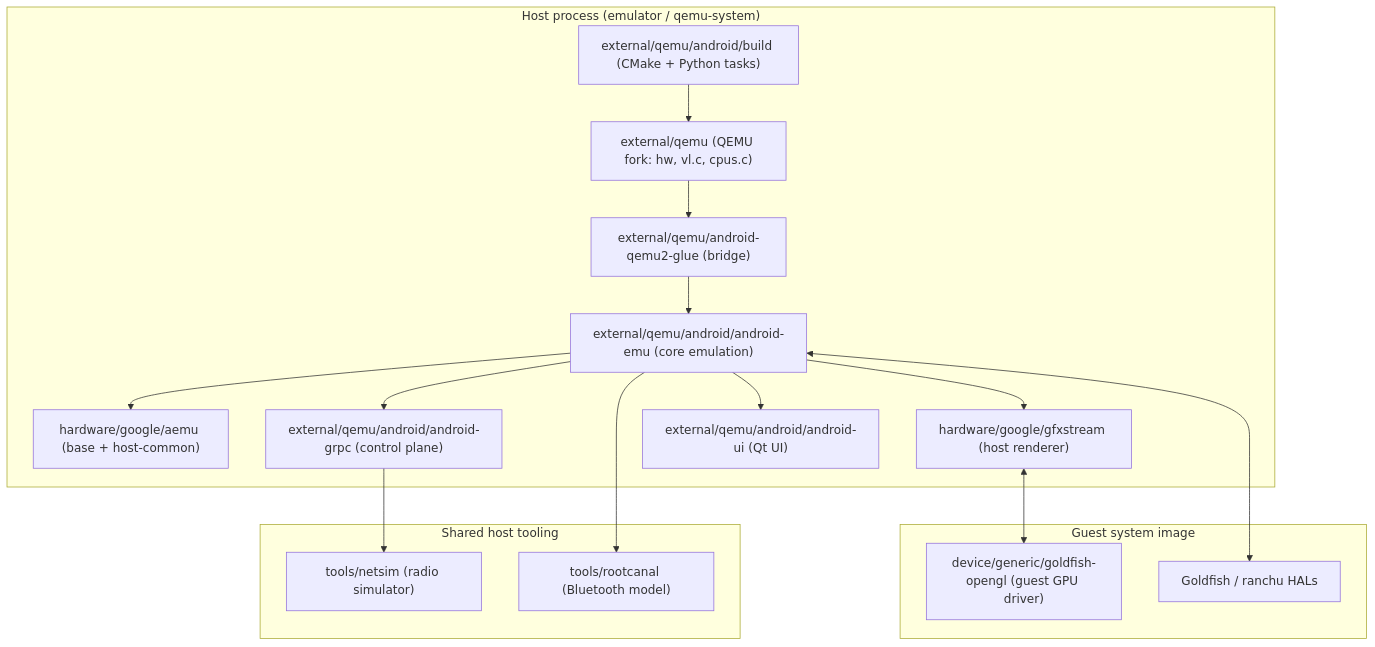
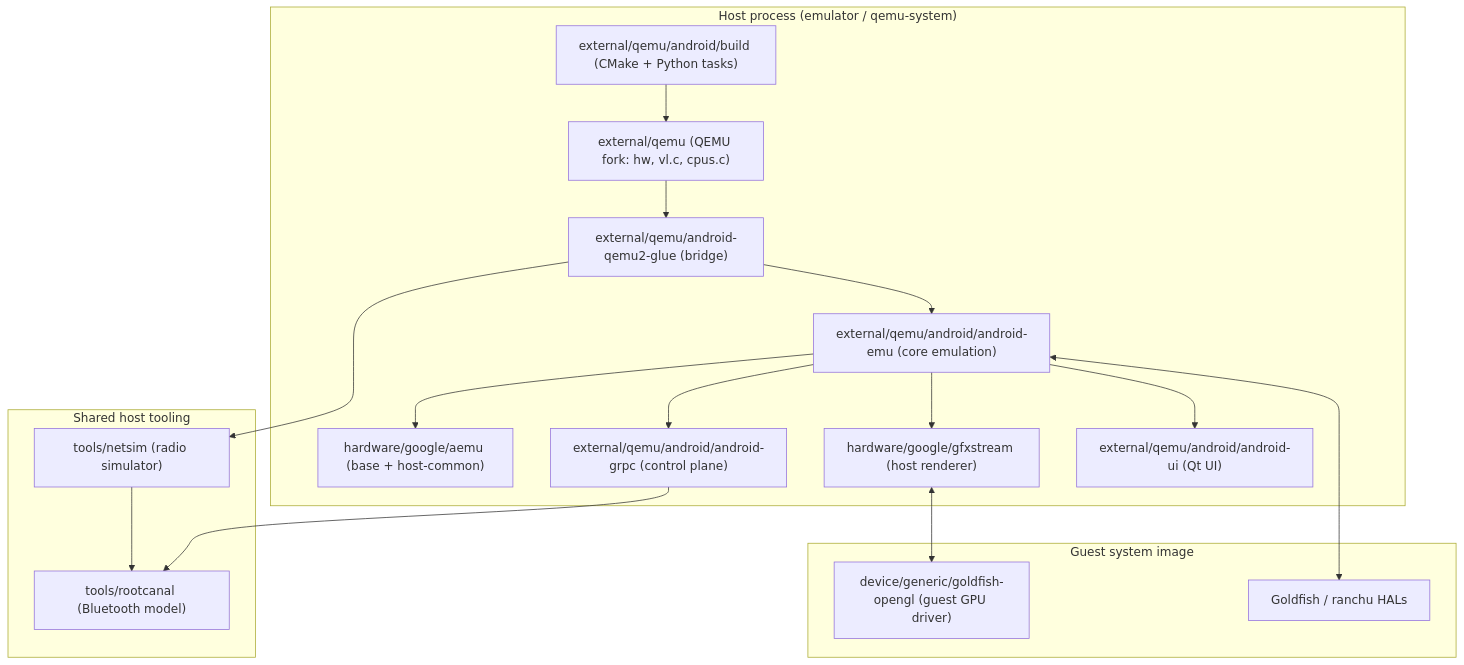
Before and after one commit to aospbooks/android-emulator-internal-book: the diagram in B-appendix-key-files.md, drawn with Mermaid. The commit also changed other lines of this file and 31 other files, not shown here.

````diff
--- a/B-appendix-key-files.md
+++ b/B-appendix-key-files.md
@@ -29,32 +30,33 @@
 ```mermaid
 flowchart TB
     subgraph HOST["Host process (emulator / qemu-system)"]
         BUILD["external/qemu/android/build (CMake + Python tasks)"]
         QEMU["external/qemu (QEMU fork: hw, vl.c, cpus.c)"]
         GLUE["external/qemu/android-qemu2-glue (bridge)"]
         CORE["external/qemu/android/android-emu (core emulation)"]
         AEMU["hardware/google/aemu (base + host-common)"]
         GFX["hardware/google/gfxstream (host renderer)"]
         GRPC["external/qemu/android/android-grpc (control plane)"]
         UI["external/qemu/android/android-ui (Qt UI)"]
     end
     subgraph GUEST["Guest system image"]
         GOPENGL["device/generic/goldfish-opengl (guest GPU driver)"]
         HAL["Goldfish / ranchu HALs"]
     end
     subgraph TOOLS["Shared host tooling"]
         NETSIM["tools/netsim (radio simulator)"]
         RC["tools/rootcanal (Bluetooth model)"]
     end
     BUILD --> QEMU
     QEMU --> GLUE
     GLUE --> CORE
     CORE --> AEMU
     CORE --> GFX
     CORE --> GRPC
     CORE --> UI
     GFX <--> GOPENGL
     CORE <--> HAL
-    GRPC --> NETSIM
-    CORE --> RC
+    GLUE --> NETSIM
+    GRPC --> RC
+    NETSIM --> RC
 ```
````
